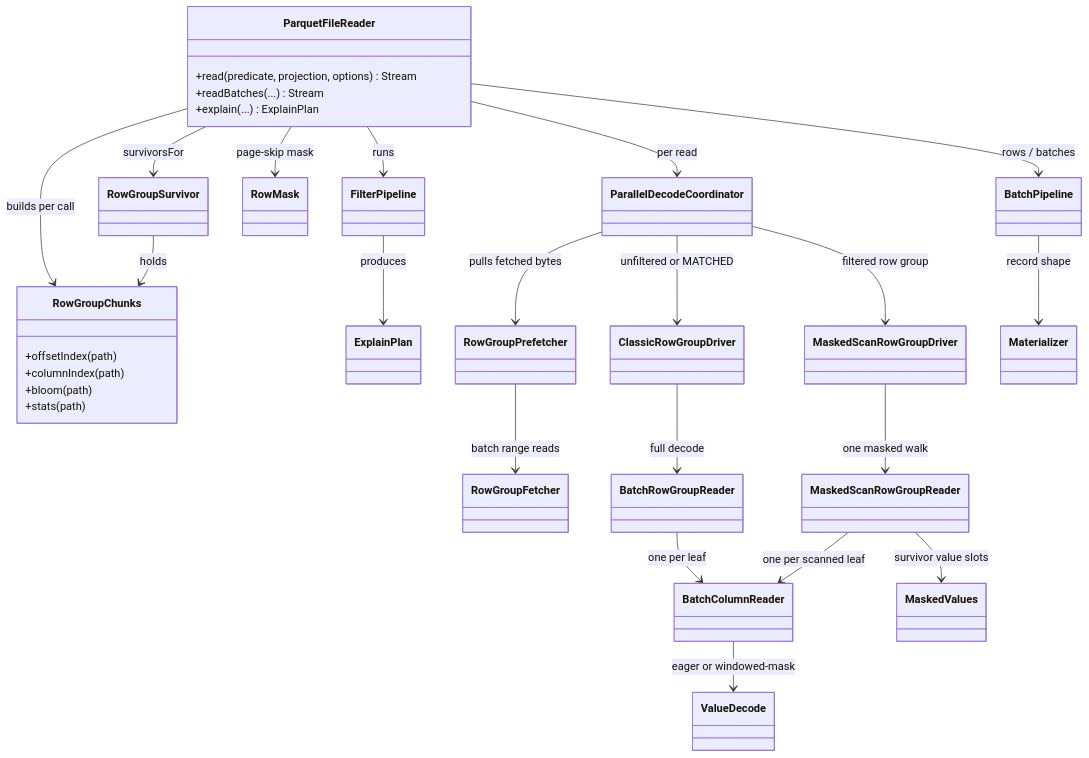
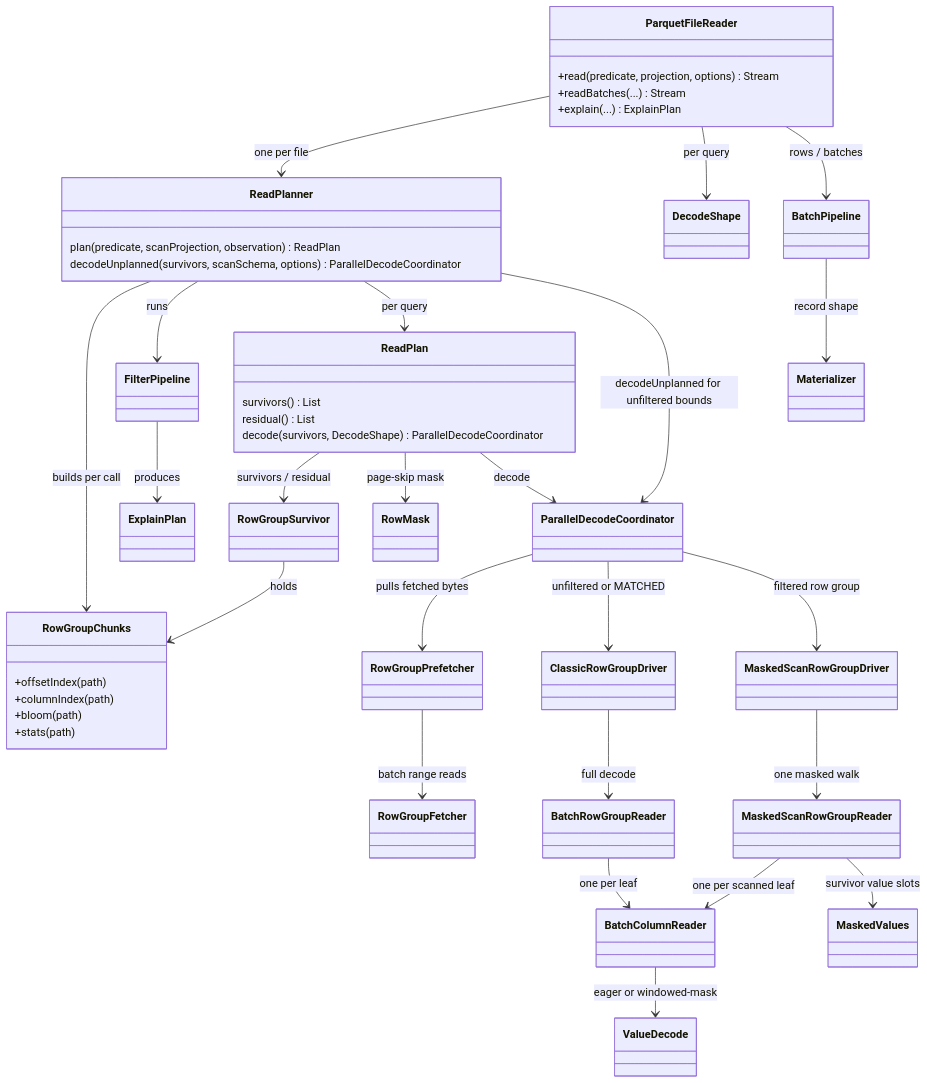
The seventh of 7 diagrams in docs/read-path.md (tileverse-io/parquetry), drawn with Mermaid before and after one commit. The commit also changed other lines of this file and 7 other files, not shown here.

First line of the commit message:
refactor: assemble the decode of a query from its read plan

````diff
--- a/docs/read-path.md
+++ b/docs/read-path.md
@@ -337,50 +351,64 @@
 ```mermaid
 classDiagram
     class ParquetFileReader {
         +read(predicate, projection, options) Stream
         +readBatches(...) Stream
         +explain(...) ExplainPlan
     }
+    class ReadPlanner {
+        plan(predicate, scanProjection, observation) ReadPlan
+        decodeUnplanned(survivors, scanSchema, options) ParallelDecodeCoordinator
+    }
+    class ReadPlan {
+        survivors() List
+        residual() List
+        decode(survivors, DecodeShape) ParallelDecodeCoordinator
+    }
+    class DecodeShape
     class RowGroupChunks {
         +offsetIndex(path)
         +columnIndex(path)
         +bloom(path)
         +stats(path)
     }
     class FilterPipeline
     class ExplainPlan
     class RowGroupSurvivor
     class RowMask
     class ParallelDecodeCoordinator
     class RowGroupPrefetcher
     class RowGroupFetcher
     class ClassicRowGroupDriver
     class MaskedScanRowGroupDriver
     class BatchRowGroupReader
     class MaskedScanRowGroupReader
     class BatchColumnReader
     class ValueDecode
     class MaskedValues
     class BatchPipeline
     class Materializer
 
-    ParquetFileReader --> RowGroupChunks : builds per call
-    ParquetFileReader --> FilterPipeline : runs
+    ParquetFileReader --> ReadPlanner : one per file
+    ParquetFileReader --> DecodeShape : per query
+    ReadPlanner --> RowGroupChunks : builds per call
+    ReadPlanner --> FilterPipeline : runs
     FilterPipeline --> ExplainPlan : produces
-    ParquetFileReader --> RowGroupSurvivor : survivorsFor
+    ReadPlanner --> ReadPlan : per query
+    ReadPlan --> RowGroupSurvivor : survivors / residual
     RowGroupSurvivor --> RowGroupChunks : holds
-    ParquetFileReader --> RowMask : page-skip mask
-    ParquetFileReader --> ParallelDecodeCoordinator : per read
+    ReadPlan --> RowMask : page-skip mask
+    ReadPlan --> ParallelDecodeCoordinator : decode
+    ReadPlanner --> ParallelDecodeCoordinator : decodeUnplanned for unfiltered bounds
     ParallelDecodeCoordinator --> RowGroupPrefetcher : pulls fetched bytes
     RowGroupPrefetcher --> RowGroupFetcher : batch range reads
     ParallelDecodeCoordinator --> ClassicRowGroupDriver : unfiltered or MATCHED
     ParallelDecodeCoordinator --> MaskedScanRowGroupDriver : filtered row group
     ClassicRowGroupDriver --> BatchRowGroupReader : full decode
     MaskedScanRowGroupDriver --> MaskedScanRowGroupReader : one masked walk
     BatchRowGroupReader --> BatchColumnReader : one per leaf
     MaskedScanRowGroupReader --> BatchColumnReader : one per scanned leaf
     MaskedScanRowGroupReader --> MaskedValues : survivor value slots
     BatchColumnReader --> ValueDecode : eager or windowed-mask
     ParquetFileReader --> BatchPipeline : rows / batches
     BatchPipeline --> Materializer : record shape
 ```
````
